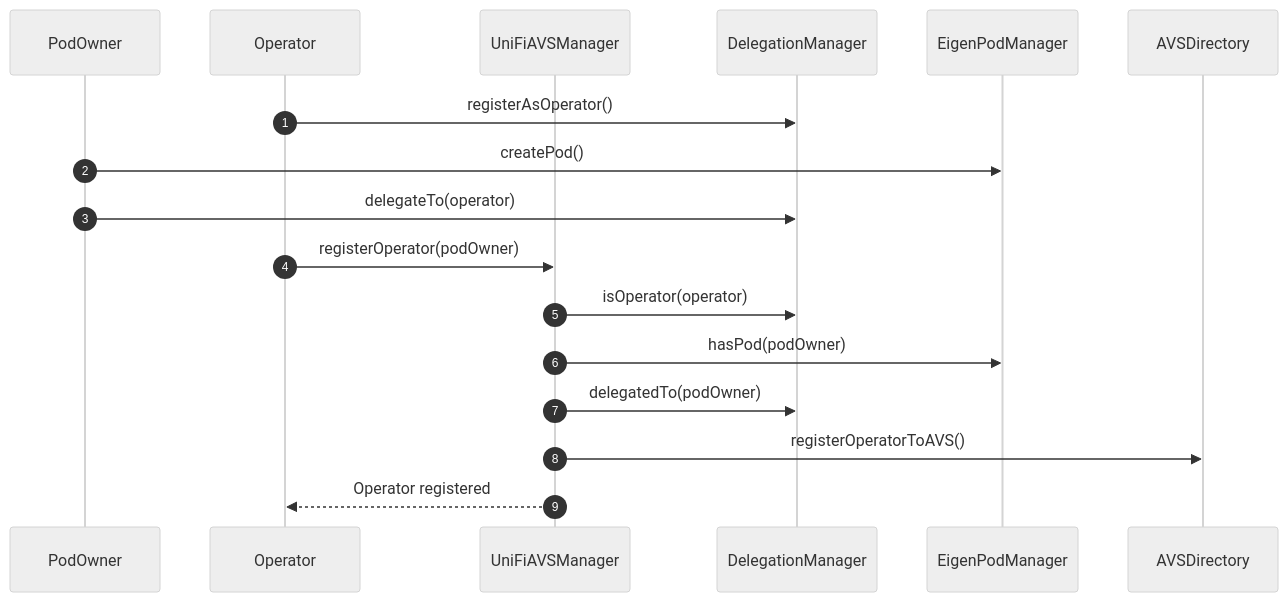
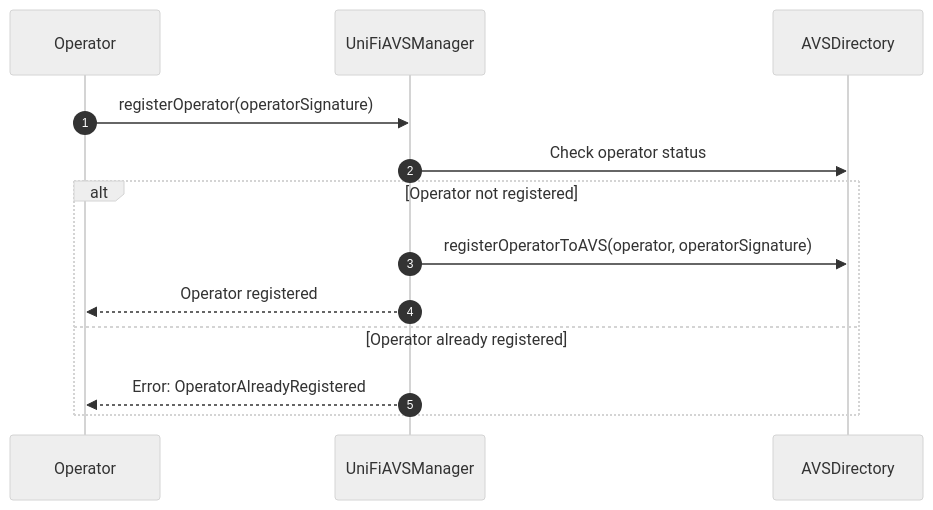
The first of 3 diagrams in l1-contracts/docs/registration.md (PufferFinance/UniFi), drawn with Mermaid (neutral theme) before and after one commit. The commit also changed other lines of this file, not shown here.

Commit message:
feat: Update sequence diagram and explanation for operator registration process

````diff
--- a/l1-contracts/docs/registration.md
+++ b/l1-contracts/docs/registration.md
@@ -5,20 +5,16 @@
 ```mermaid
 sequenceDiagram
     autonumber
-    participant PodOwner
     participant Operator
     participant UniFiAVSManager
-    participant DelegationManager
-    participant EigenPodManager
     participant AVSDirectory
 
-    Operator->>DelegationManager: registerAsOperator()
-    PodOwner->>EigenPodManager: createPod()
-    PodOwner->>DelegationManager: delegateTo(operator)
-    Operator->>UniFiAVSManager: registerOperator(podOwner)
-    UniFiAVSManager->>DelegationManager: isOperator(operator)
-    UniFiAVSManager->>EigenPodManager: hasPod(podOwner)
-    UniFiAVSManager->>DelegationManager: delegatedTo(podOwner)
-    UniFiAVSManager->>AVSDirectory: registerOperatorToAVS()
-    UniFiAVSManager-->>Operator: Operator registered
+    Operator->>UniFiAVSManager: registerOperator(operatorSignature)
+    UniFiAVSManager->>AVSDirectory: Check operator status
+    alt Operator not registered
+        UniFiAVSManager->>AVSDirectory: registerOperatorToAVS(operator, operatorSignature)
+        UniFiAVSManager-->>Operator: Operator registered
+    else Operator already registered
+        UniFiAVSManager-->>Operator: Error: OperatorAlreadyRegistered
+    end
 ```
````
